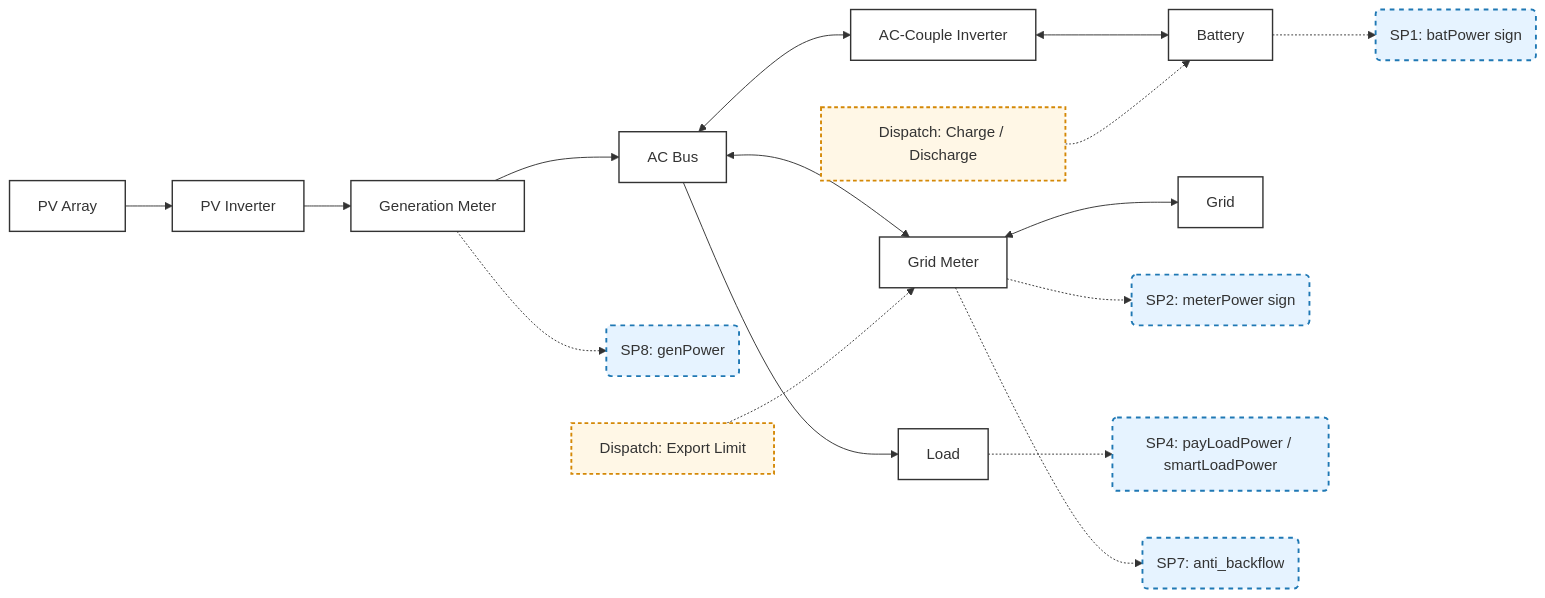
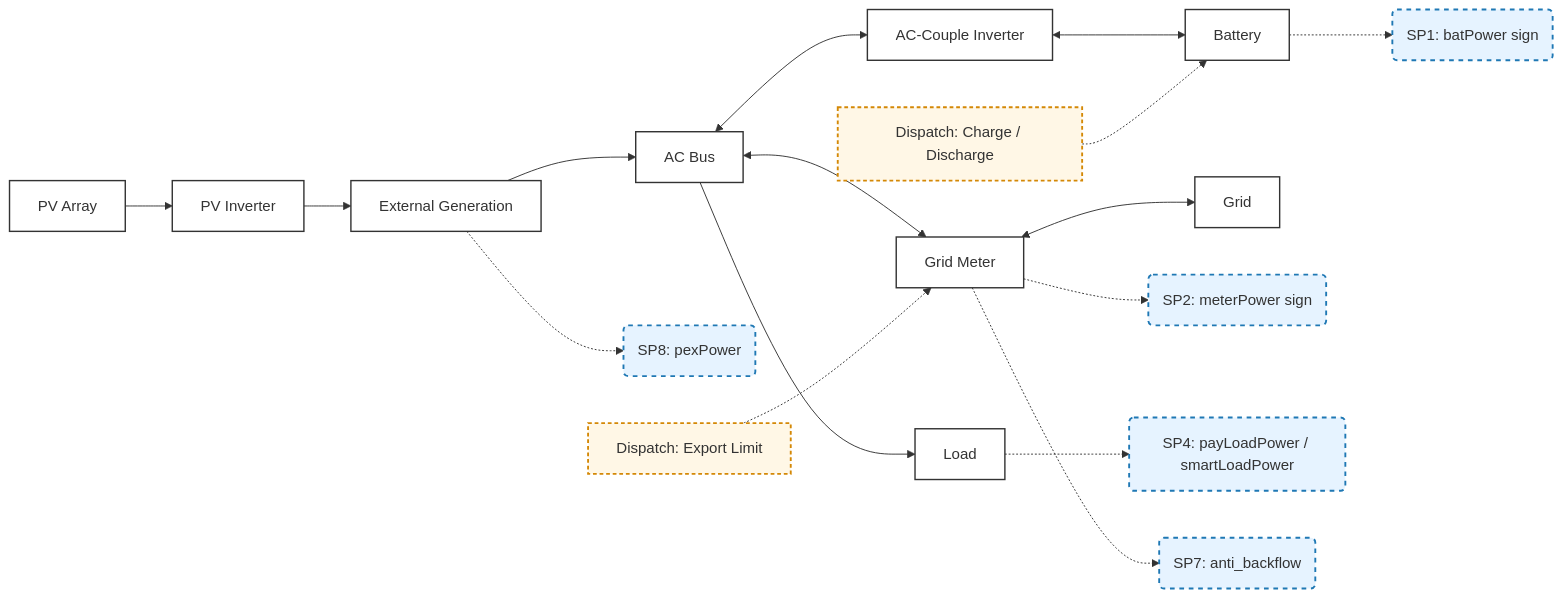
Before and after one commit to EugeneJian/growatt-unified-api: the third of 8 diagrams in Growatt API/OPENAPI/13_ess_semantic_model.md, drawn with Mermaid. The commit also changed other lines of this file and 7 other files, not shown here.

````diff
--- a/Growatt API/OPENAPI/13_ess_semantic_model.md
+++ b/Growatt API/OPENAPI/13_ess_semantic_model.md
@@ -130,48 +130,48 @@
 ```mermaid
 flowchart LR
 
     classDef asset fill:#ffffff,stroke:#333,stroke-width:1.5px;
     classDef semantic fill:#e6f3ff,stroke:#1f78b4,stroke-width:2px,stroke-dasharray: 5 5;
     classDef dispatch fill:#fff7e6,stroke:#d48806,stroke-width:2px,stroke-dasharray: 4 3;
 
     PV[PV Array]
     PVInverter[PV Inverter]
-    GenerationMeter[Generation Meter]
+    ExternalGeneration[External Generation]
     ACBus[AC Bus]
     ACInverter[AC-Couple Inverter]
     Battery[Battery]
     GridMeter[Grid Meter]
     Load[Load]
     Grid[Grid]
 
     PV --> PVInverter
-    PVInverter --> GenerationMeter
-    GenerationMeter --> ACBus
+    PVInverter --> ExternalGeneration
+    ExternalGeneration --> ACBus
     ACBus <--> ACInverter
     ACInverter <--> Battery
     ACBus --> Load
     ACBus <--> GridMeter
     GridMeter <--> Grid
 
     SP1(SP1: batPower sign)
     SP2(SP2: meterPower sign)
     SP4(SP4: payLoadPower / smartLoadPower)
     SP7(SP7: anti_backflow)
-    SP8(SP8: genPower)
+    SP8(SP8: pexPower)
 
     Battery -.-> SP1
     GridMeter -.-> SP2
     Load -.-> SP4
     GridMeter -.-> SP7
-    GenerationMeter -.-> SP8
+    ExternalGeneration -.-> SP8
 
     D1[Dispatch: Charge / Discharge]
     D2[Dispatch: Export Limit]
 
     D1 -.-> Battery
     D2 -.-> GridMeter
 
-    class PV,PVInverter,GenerationMeter,ACBus,ACInverter,Battery,GridMeter,Load,Grid asset;
+    class PV,PVInverter,ExternalGeneration,ACBus,ACInverter,Battery,GridMeter,Load,Grid asset;
     class SP1,SP2,SP4,SP7,SP8 semantic;
     class D1,D2 dispatch;
 ```
````
